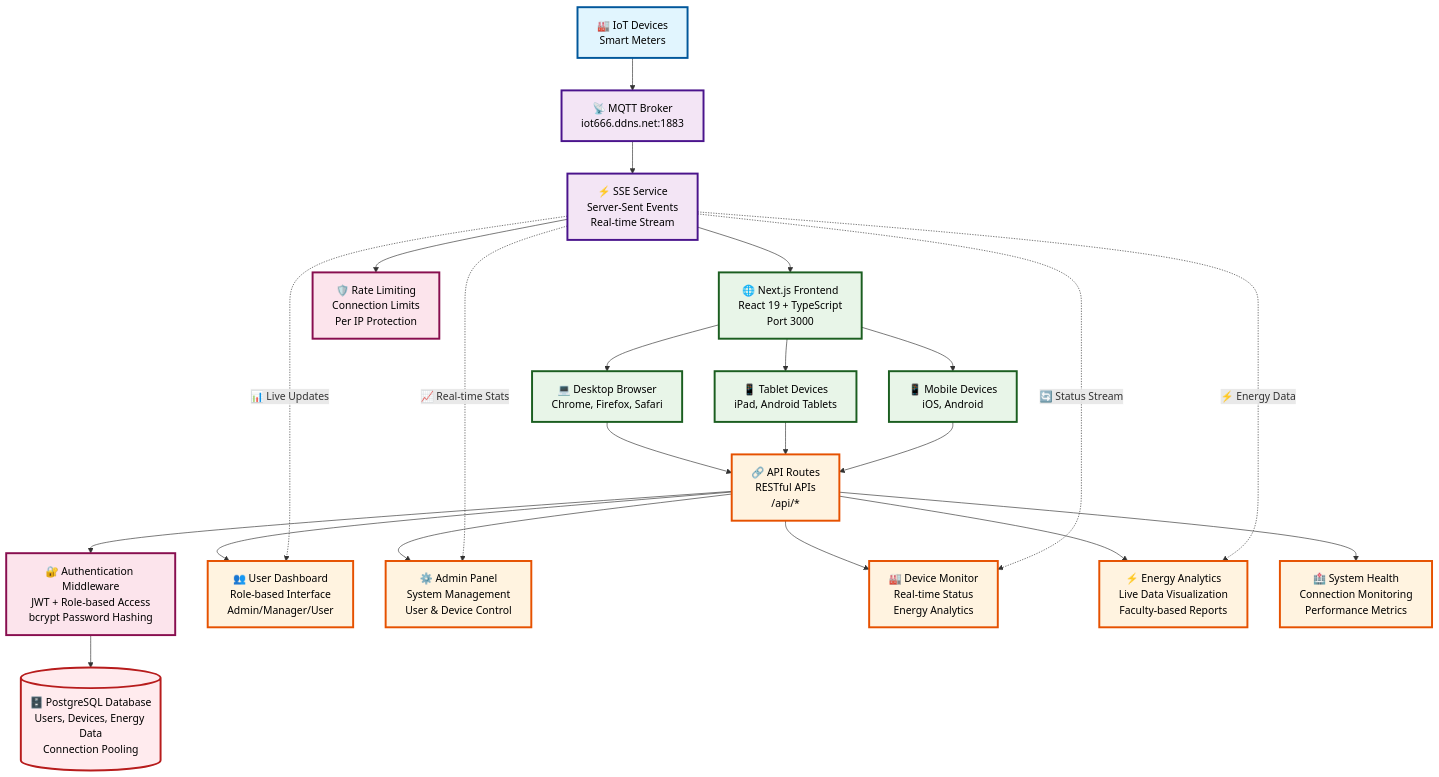
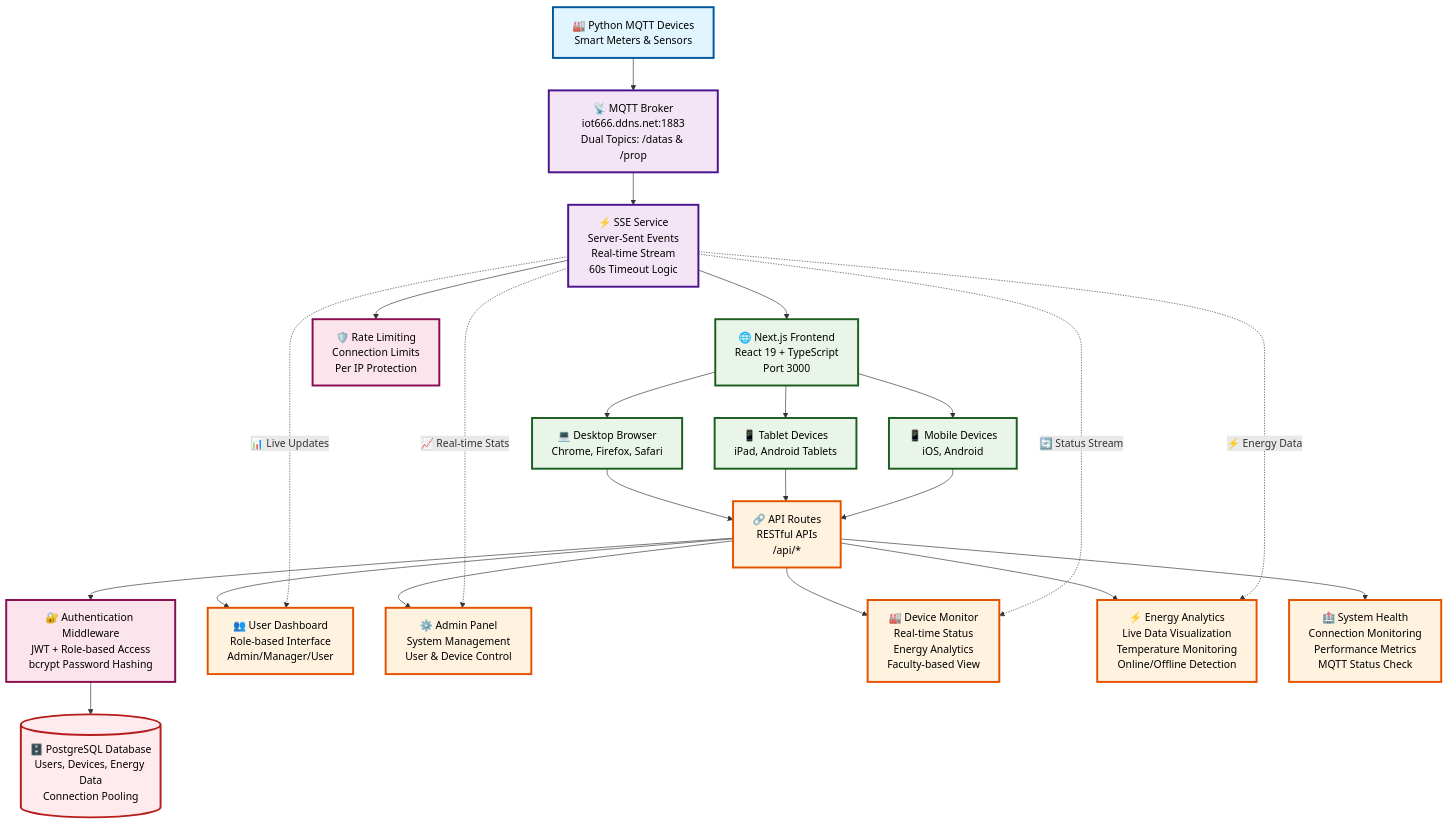
The second of 8 diagrams in README.md (JackPoramet/Next.JS), drawn with Mermaid before and after one commit. The commit also changed other lines of this file and 44 other files, not shown here.

First line of the commit message:
Add MQTT test devices and API documentation

````diff
--- a/README.md
+++ b/README.md
@@ -170,59 +252,59 @@
 ```mermaid
 graph TB
     %% IoT Device Layer
-    IoT[🏭 IoT Devices<br/>Smart Meters] --> MQTT[📡 MQTT Broker<br/>iot666.ddns.net:1883]
+    IoT[🏭 Python MQTT Devices<br/>Smart Meters & Sensors] --> MQTT[📡 MQTT Broker<br/>iot666.ddns.net:1883<br/>Dual Topics: /datas & /prop]
     
     %% Data Processing Layer  
-    MQTT --> SSE_SERVICE[⚡ SSE Service<br/>Server-Sent Events<br/>Real-time Stream]
+    MQTT --> SSE_SERVICE[⚡ SSE Service<br/>Server-Sent Events<br/>Real-time Stream<br/>60s Timeout Logic]
     SSE_SERVICE --> FRONTEND[🌐 Next.js Frontend<br/>React 19 + TypeScript<br/>Port 3000]
     
     %% Client Layer
     FRONTEND --> BROWSER[💻 Desktop Browser<br/>Chrome, Firefox, Safari]
     FRONTEND --> TABLET[📱 Tablet Devices<br/>iPad, Android Tablets]
     FRONTEND --> MOBILE[📱 Mobile Devices<br/>iOS, Android]
     
     %% API Layer
     BROWSER --> API[🔗 API Routes<br/>RESTful APIs<br/>/api/*]
     TABLET --> API
     MOBILE --> API
     
     %% Authentication & Security Layer
     API --> AUTH[🔐 Authentication Middleware<br/>JWT + Role-based Access<br/>bcrypt Password Hashing]
     
     %% Database Layer
     AUTH --> DB[(🗄️ PostgreSQL Database<br/>Users, Devices, Energy Data<br/>Connection Pooling)]
     
     %% Application Modules
     API --> USERS[👥 User Dashboard<br/>Role-based Interface<br/>Admin/Manager/User]
     API --> ADMIN[⚙️ Admin Panel<br/>System Management<br/>User & Device Control] 
-    API --> DEVICES[🏭 Device Monitor<br/>Real-time Status<br/>Energy Analytics]
-    API --> ENERGY[⚡ Energy Analytics<br/>Live Data Visualization<br/>Faculty-based Reports]
+    API --> DEVICES[🏭 Device Monitor<br/>Real-time Status<br/>Energy Analytics<br/>Faculty-based View]
+    API --> ENERGY[⚡ Energy Analytics<br/>Live Data Visualization<br/>Temperature Monitoring<br/>Online/Offline Detection]
     
     %% Real-time Data Flow
     SSE_SERVICE -.->|📊 Live Updates| USERS
     SSE_SERVICE -.->|🔄 Status Stream| DEVICES
     SSE_SERVICE -.->|⚡ Energy Data| ENERGY
     SSE_SERVICE -.->|📈 Real-time Stats| ADMIN
     
     %% System Health Monitoring
-    API --> HEALTH[🏥 System Health<br/>Connection Monitoring<br/>Performance Metrics]
+    API --> HEALTH[🏥 System Health<br/>Connection Monitoring<br/>Performance Metrics<br/>MQTT Status Check]
     
     %% Rate Limiting & Security
     SSE_SERVICE --> RATE[🛡️ Rate Limiting<br/>Connection Limits<br/>Per IP Protection]
     
     %% Styling for better visualization
     classDef iotDevice fill:#e1f5fe,stroke:#01579b,stroke-width:3px,color:#000
     classDef network fill:#f3e5f5,stroke:#4a148c,stroke-width:3px,color:#000
     classDef frontend fill:#e8f5e8,stroke:#1b5e20,stroke-width:3px,color:#000
     classDef api fill:#fff3e0,stroke:#e65100,stroke-width:3px,color:#000
     classDef database fill:#ffebee,stroke:#b71c1c,stroke-width:3px,color:#000
     classDef realtime fill:#f1f8e9,stroke:#33691e,stroke-width:3px,color:#000
     classDef security fill:#fce4ec,stroke:#880e4f,stroke-width:3px,color:#000
     
     class IoT iotDevice
     class MQTT,SSE_SERVICE network
     class FRONTEND,BROWSER,TABLET,MOBILE frontend
     class API,USERS,ADMIN,DEVICES,ENERGY,HEALTH api
     class DB database
     class RATE,AUTH security
 ```
````
